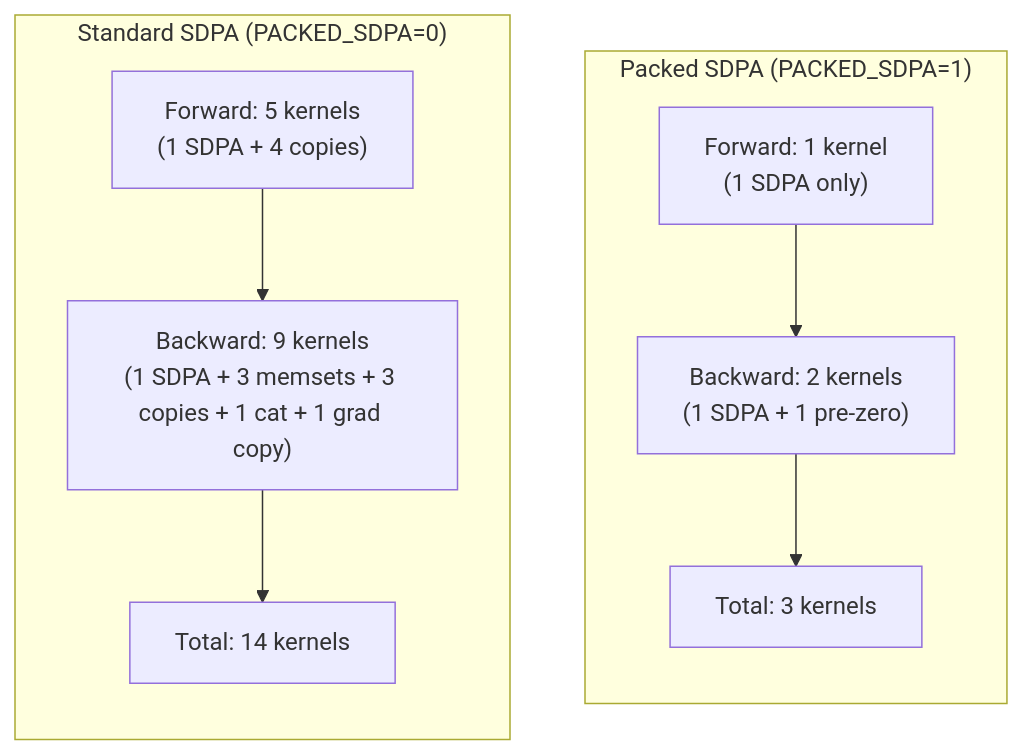
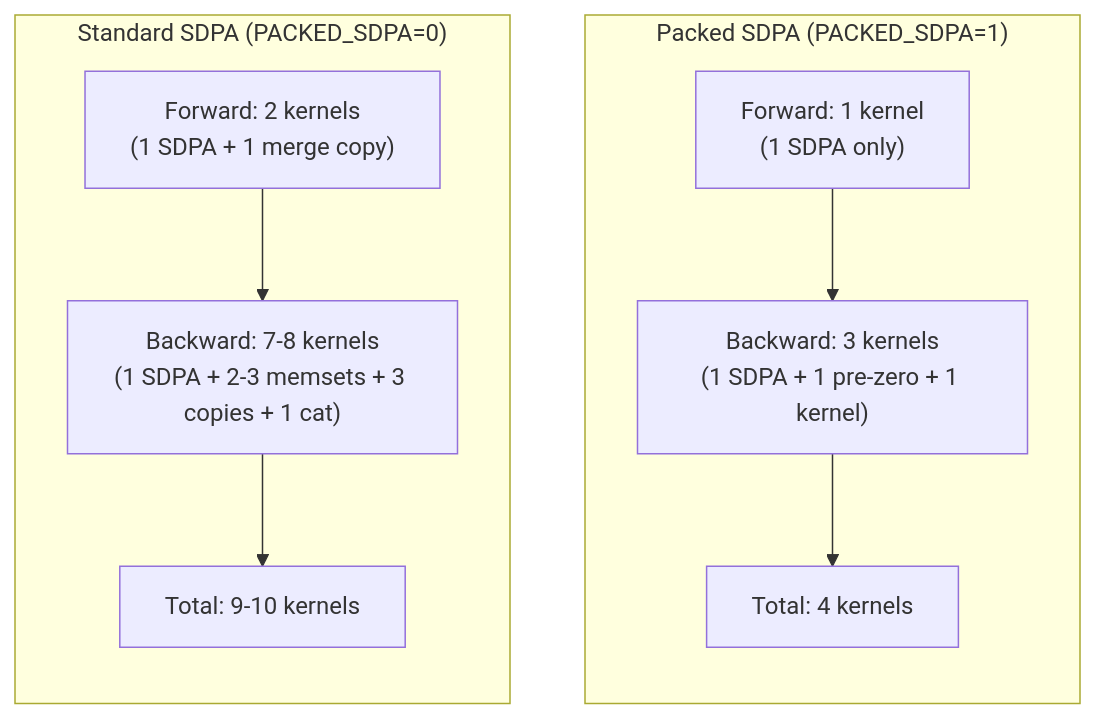
Before and after one commit to GOUTHAM992003/Neural_Networks_exp_1926: the diagram in master_gau_latest_ada_6000_sm89/sdpa_architecture_mindmaps.md, drawn with Mermaid. The commit also changed other lines of this file and 1 other file, not shown here.

Commit message:
there was a mistake in documentaiton of these packed-sdpa documentations : 1)/Neural_Networks_exp_1926/master_gau_latest_ada_6000_sm89/docs/Optimizing Packed Attention Performance.md , modified this documentation correclty .

````diff
--- a/master_gau_latest_ada_6000_sm89/sdpa_architecture_mindmaps.md
+++ b/master_gau_latest_ada_6000_sm89/sdpa_architecture_mindmaps.md
@@ -223,20 +295,20 @@
 ```mermaid
 graph LR
     subgraph Standard["Standard SDPA (PACKED_SDPA=0)"]
         direction TB
-        SF["Forward: 5 kernels<br/>(1 SDPA + 4 copies)"]
-        SB["Backward: 9 kernels<br/>(1 SDPA + 3 memsets + 3 copies + 1 cat + 1 grad copy)"]
-        ST["Total: 14 kernels"]
+        SF["Forward: 2 kernels\n(1 SDPA + 1 merge copy)"]
+        SB["Backward: 7-8 kernels\n(1 SDPA + 2-3 memsets + 3 copies + 1 cat)"]
+        ST["Total: 9-10 kernels"]
         SF --> SB --> ST
     end
-    
+
     subgraph Packed["Packed SDPA (PACKED_SDPA=1)"]
         direction TB
-        PF["Forward: 1 kernel<br/>(1 SDPA only)"]
-        PB["Backward: 2 kernels<br/>(1 SDPA + 1 pre-zero)"]
-        PT["Total: 3 kernels"]
+        PF["Forward: 1 kernel\n(1 SDPA only)"]
+        PB["Backward: 3 kernels\n(1 SDPA + 1 pre-zero + 1 kernel)"]
+        PT["Total: 4 kernels"]
         PF --> PB --> PT
     end
-    
+
     Standard ~~~ Packed
 ```
````
